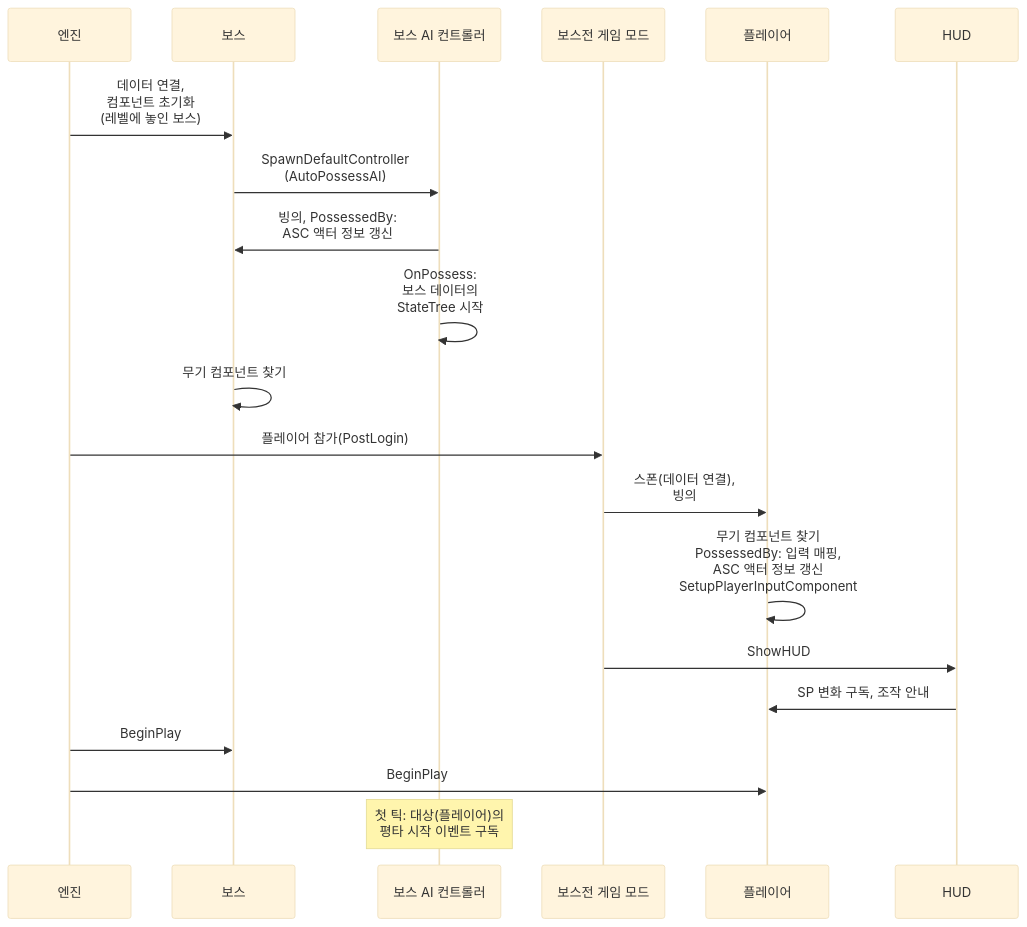
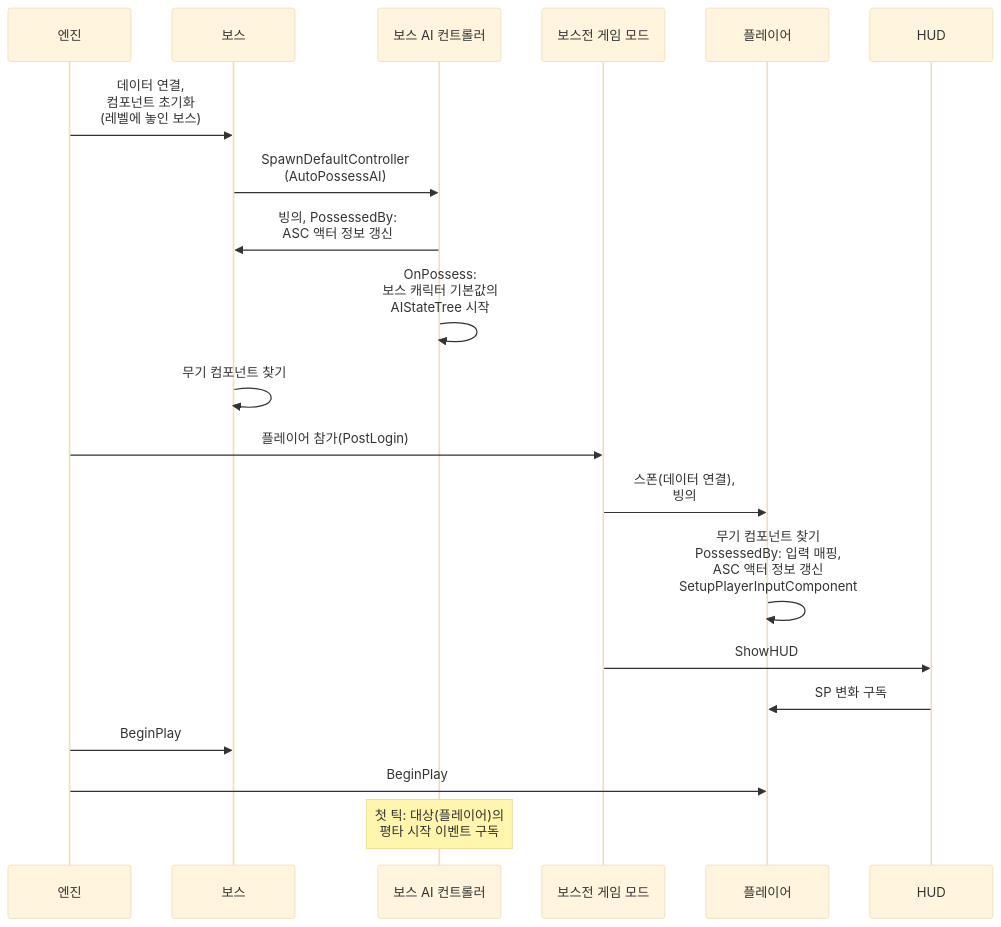
The second of 4 diagrams in Docs/Program/캐릭터와 GAS.md (Woogl/Ag), drawn with Mermaid (base theme) before and after one commit. The commit also changed other lines of this file and 34 other files, not shown here.

````diff
--- a/Docs/Program/캐릭터와 GAS.md
+++ b/Docs/Program/캐릭터와 GAS.md
@@ -78,22 +78,22 @@
 ```mermaid
 sequenceDiagram
     participant E as 엔진
     participant B as 보스
     participant AI as 보스 AI 컨트롤러
     participant GM as 보스전 게임 모드
     participant P as 플레이어
     participant H as HUD
     E->>B: 데이터 연결,<br>컴포넌트 초기화<br>(레벨에 놓인 보스)
     B->>AI: SpawnDefaultController<br>(AutoPossessAI)
     AI->>B: 빙의, PossessedBy:<br>ASC 액터 정보 갱신
-    AI->>AI: OnPossess:<br>보스 데이터의<br>StateTree 시작
+    AI->>AI: OnPossess:<br>보스 캐릭터 기본값의<br>AIStateTree 시작
     B->>B: 무기 컴포넌트 찾기
     E->>GM: 플레이어 참가(PostLogin)
     GM->>P: 스폰(데이터 연결),<br>빙의
     P->>P: 무기 컴포넌트 찾기<br>PossessedBy: 입력 매핑,<br>ASC 액터 정보 갱신<br>SetupPlayerInputComponent
     GM->>H: ShowHUD
-    H->>P: SP 변화 구독, 조작 안내
+    H->>P: SP 변화 구독
     E->>B: BeginPlay
     E->>P: BeginPlay
     Note over AI: 첫 틱: 대상(플레이어)의<br>평타 시작 이벤트 구독
 ```
````
